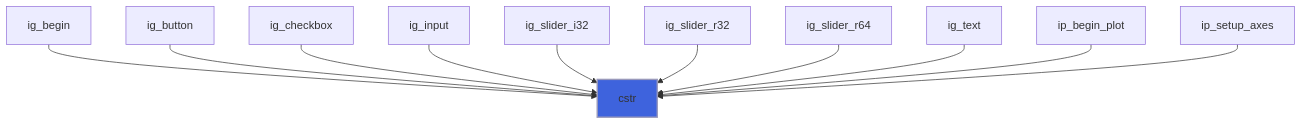
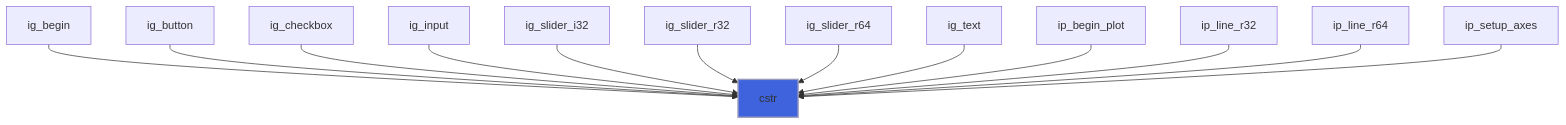
Before and after one commit to szaghi/figure: the fifth of 5 diagrams in docs/api/src/lib/figure_base.md, drawn with Mermaid. The commit also changed other lines of this file and 23 other files, not shown here.

````diff
--- a/docs/api/src/lib/figure_base.md
+++ b/docs/api/src/lib/figure_base.md
@@ -127,14 +128,16 @@
 ```mermaid
 flowchart TD
   ig_begin["ig_begin"] --> cstr["cstr"]
   ig_button["ig_button"] --> cstr["cstr"]
   ig_checkbox["ig_checkbox"] --> cstr["cstr"]
   ig_input["ig_input"] --> cstr["cstr"]
   ig_slider_i32["ig_slider_i32"] --> cstr["cstr"]
   ig_slider_r32["ig_slider_r32"] --> cstr["cstr"]
   ig_slider_r64["ig_slider_r64"] --> cstr["cstr"]
   ig_text["ig_text"] --> cstr["cstr"]
   ip_begin_plot["ip_begin_plot"] --> cstr["cstr"]
+  ip_line_r32["ip_line_r32"] --> cstr["cstr"]
+  ip_line_r64["ip_line_r64"] --> cstr["cstr"]
   ip_setup_axes["ip_setup_axes"] --> cstr["cstr"]
   style cstr fill:#3e63dd,stroke:#99b,stroke-width:2px
 ```
````
